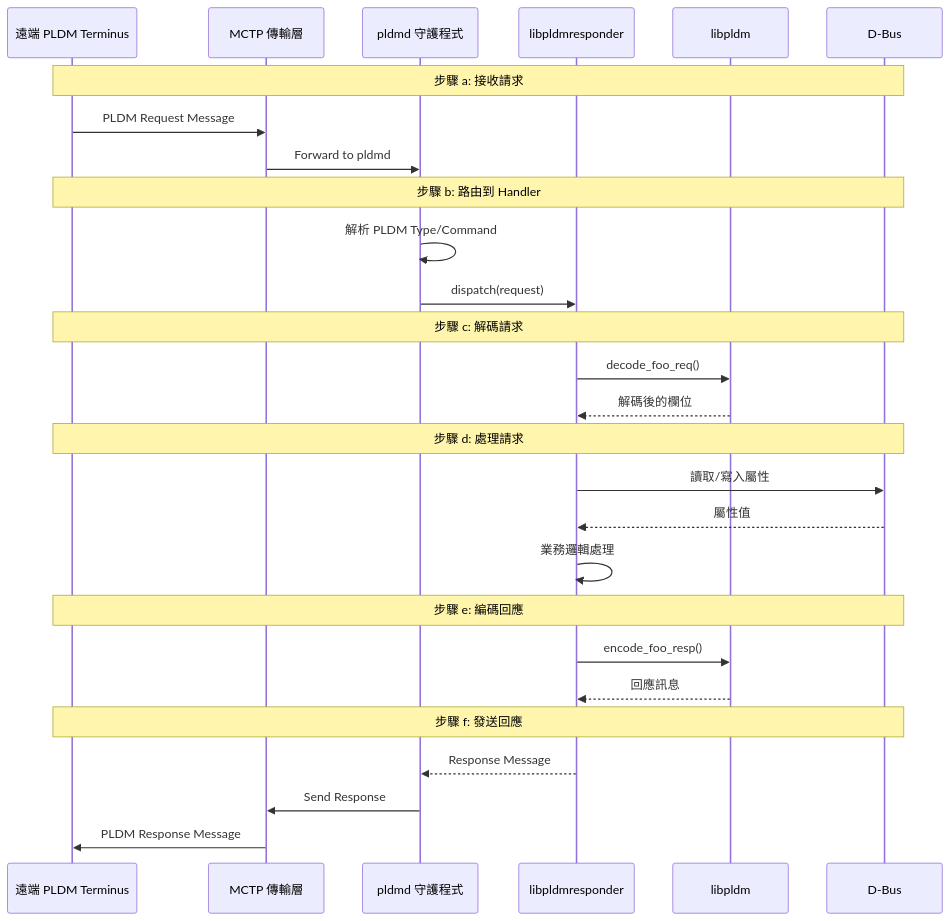
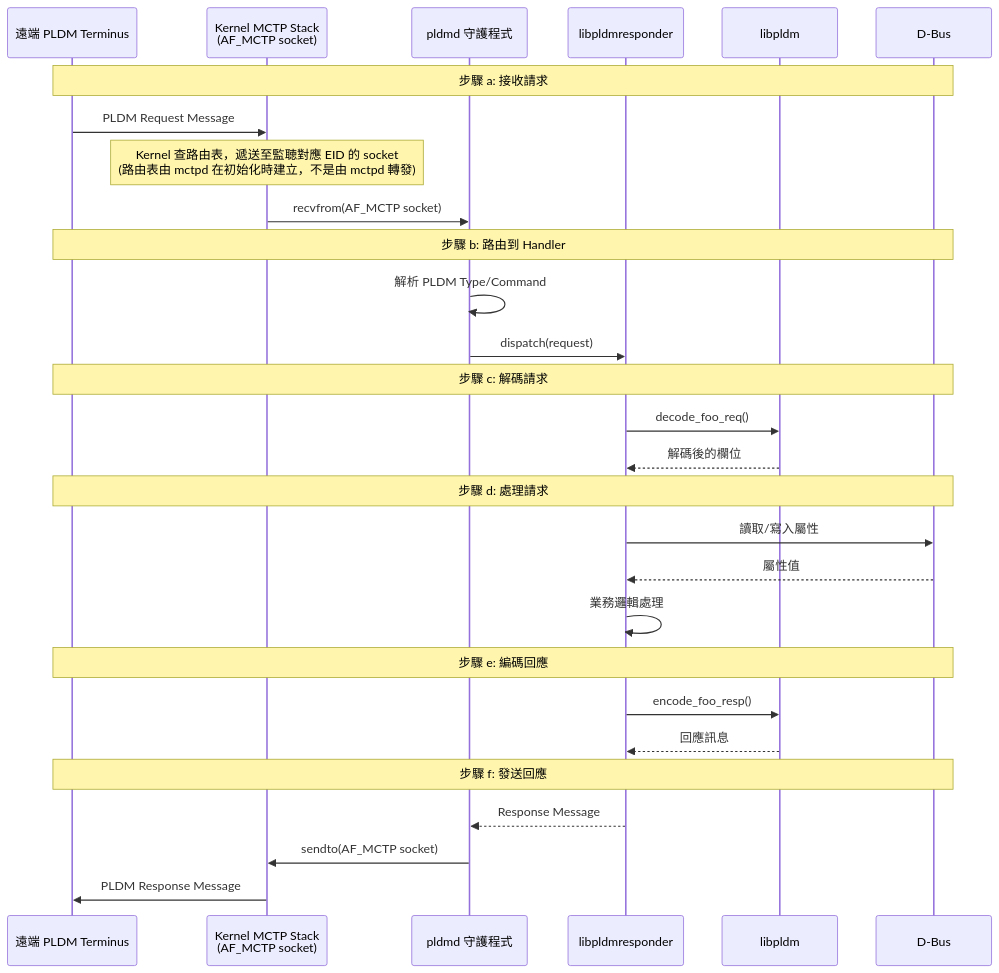
Before and after one commit to chilung-cgu/bmc-firmware-knowledge-base: the first of 5 diagrams in pldm/CodeFlows.md, drawn with Mermaid. The commit also changed other lines of this file and 4 other files, not shown here.

First line of the commit message:
docs(pldm): 修正 mctpd/mctp-demux 架構混淆與流程圖

````diff
--- a/pldm/CodeFlows.md
+++ b/pldm/CodeFlows.md
@@ -16,35 +16,36 @@
 ```mermaid
 sequenceDiagram
     participant Remote as 遠端 PLDM Terminus
-    participant MCTP as MCTP 傳輸層
+    participant KernelMCTP as Kernel MCTP Stack<br/>(AF_MCTP socket)
     participant pldmd as pldmd 守護程式
     participant Handler as libpldmresponder
     participant libpldm as libpldm
     participant DBus as D-Bus
 
     Note over Remote,DBus: 步驟 a: 接收請求
-    Remote->>MCTP: PLDM Request Message
-    MCTP->>pldmd: Forward to pldmd
+    Remote->>KernelMCTP: PLDM Request Message
+    Note over KernelMCTP: Kernel 查路由表，遞送至監聴對應 EID 的 socket<br/>(路由表由 mctpd 在初始化時建立，不是由 mctpd 轉發)
+    KernelMCTP->>pldmd: recvfrom(AF_MCTP socket)
 
     Note over Remote,DBus: 步驟 b: 路由到 Handler
     pldmd->>pldmd: 解析 PLDM Type/Command
     pldmd->>Handler: dispatch(request)
 
     Note over Remote,DBus: 步驟 c: 解碼請求
     Handler->>libpldm: decode_foo_req()
     libpldm-->>Handler: 解碼後的欄位
 
     Note over Remote,DBus: 步驟 d: 處理請求
     Handler->>DBus: 讀取/寫入屬性
     DBus-->>Handler: 屬性值
     Handler->>Handler: 業務邏輯處理
 
     Note over Remote,DBus: 步驟 e: 編碼回應
     Handler->>libpldm: encode_foo_resp()
     libpldm-->>Handler: 回應訊息
 
     Note over Remote,DBus: 步驟 f: 發送回應
     Handler-->>pldmd: Response Message
-    pldmd->>MCTP: Send Response
-    MCTP->>Remote: PLDM Response Message
+    pldmd->>KernelMCTP: sendto(AF_MCTP socket)
+    KernelMCTP->>Remote: PLDM Response Message
 ```
````
